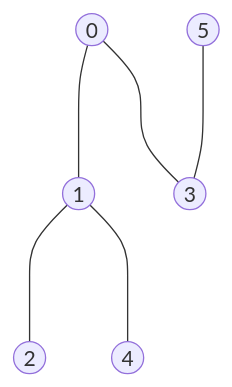
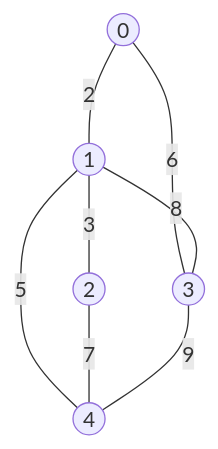
The third of 4 diagrams in README.md (sgorgun/minimum-spanning-tree-task-python), drawn with Mermaid before and after one commit. The commit also changed other lines of this file, not shown here.

````diff
--- a/README.md
+++ b/README.md
@@ -150,10 +144,10 @@
 ```mermaid
 graph TD;
-    A((0)) ---- B((1));
-    B ---- C((2));
-    A ---- D((3));
-    E((4));
-    F((5));
-    F ---- D;
-    B ---- E;
+    A((0)) -- 2  --- B((1));
+    A --6--- D((3));
+    B-- 3 --- C((2));
+    B-- 8 --- D;
+    B-- 5 --- E((4));
+    C --7---E;
+    D --9---E;
 ```
````
